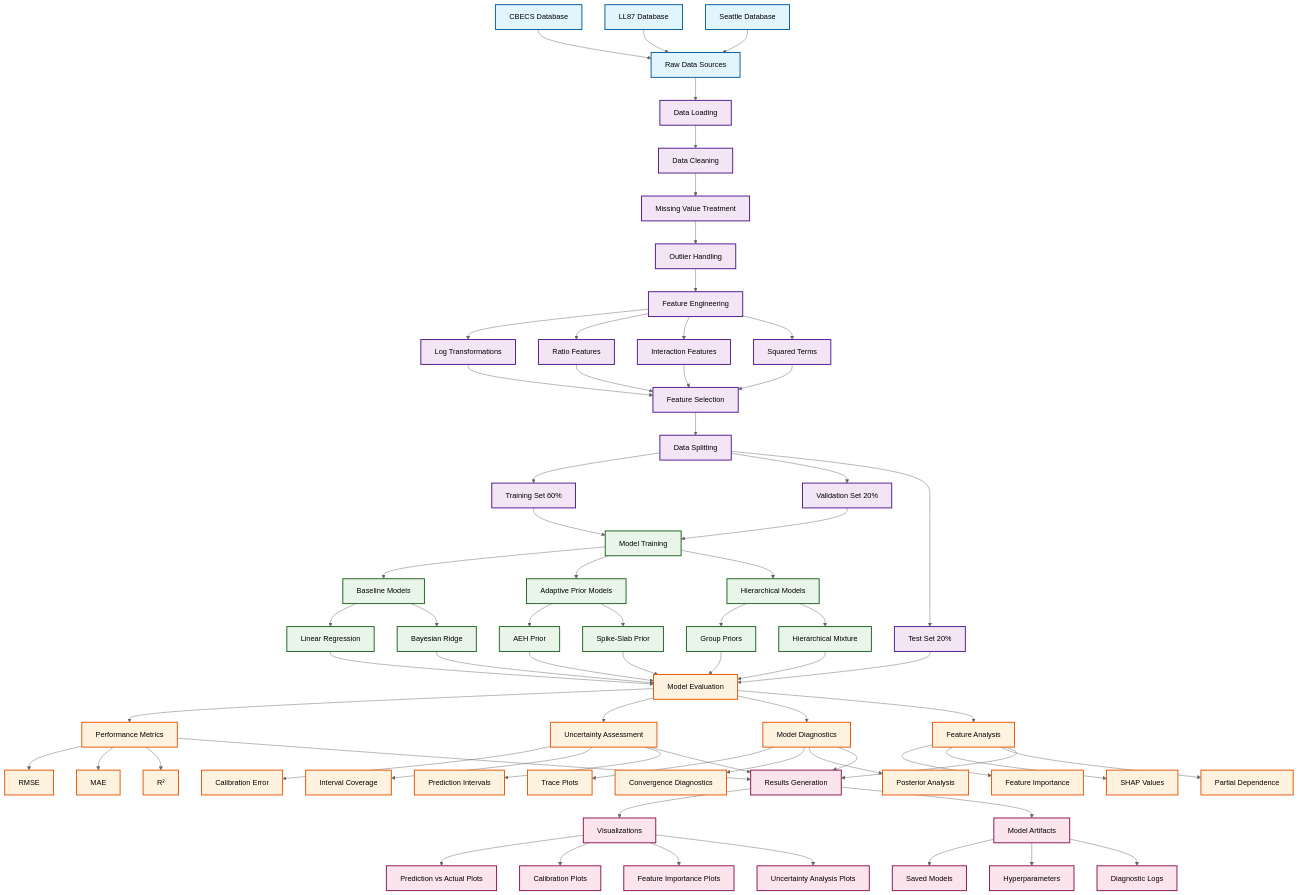
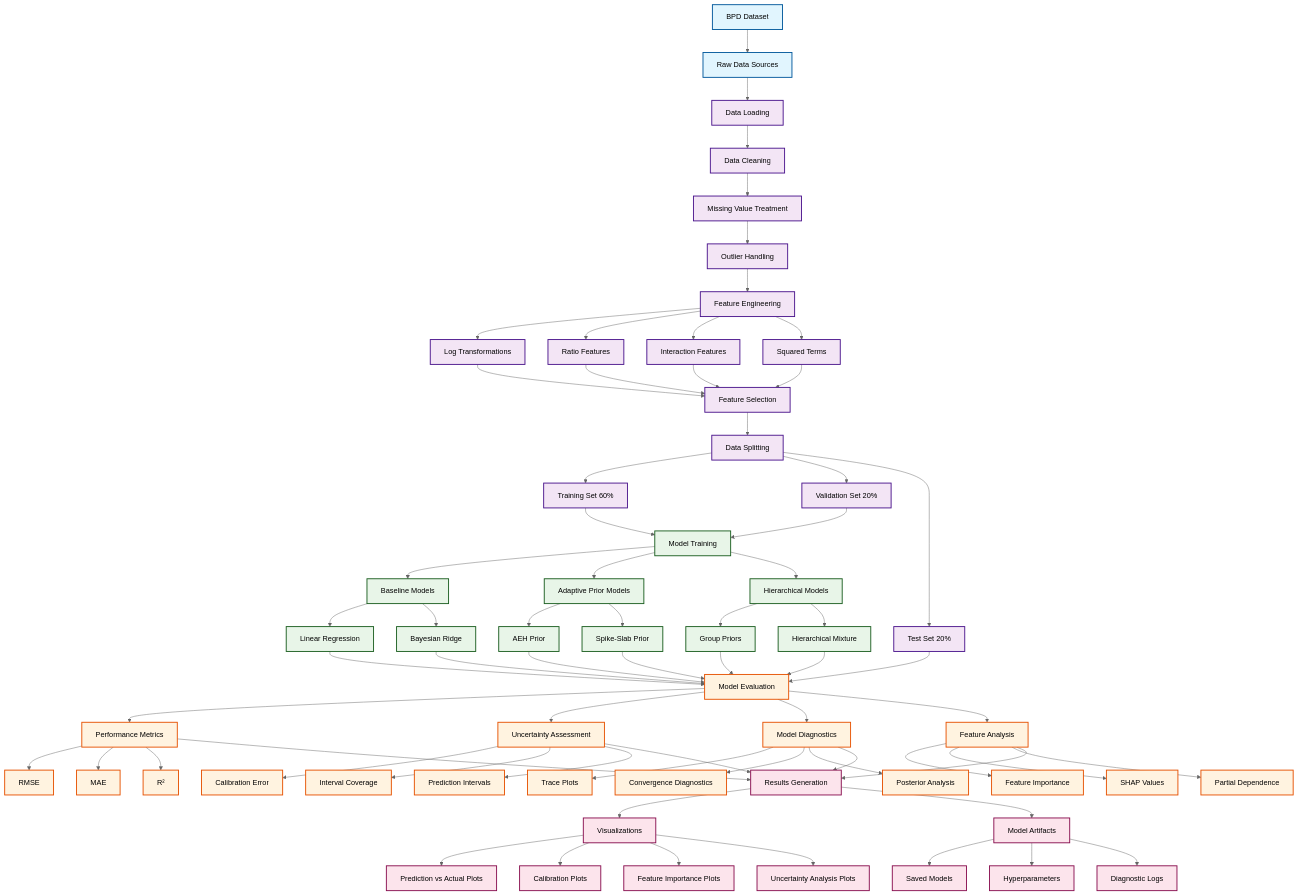
One commit to georgepaul171/Research-Project changed the diagram in bpd/V3_clean/DATA_PIPELINE.md. Above: the diagram before and after it, drawn with Mermaid (neutral theme). The commit also changed other lines of this file, not shown here.

Commit message:
data pipeline diagram

```diff
--- a/bpd/V3_clean/DATA_PIPELINE.md
+++ b/bpd/V3_clean/DATA_PIPELINE.md
@@ -9,9 +9,7 @@
 graph TD
     %% Data Sources
     A[Raw Data Sources] --> B[Data Loading]
-    A1[CBECS Database] --> A
-    A2[LL87 Database] --> A
-    A3[Seattle Database] --> A
+    A1[BPD Dataset] --> A
     
     %% Data Loading and Initial Processing
     B --> C[Data Cleaning]
@@ -109,7 +107,7 @@
     classDef evaluation fill:#fff3e0,stroke:#e65100,stroke-width:2px
     classDef output fill:#fce4ec,stroke:#880e4f,stroke-width:2px
     
-    class A,A1,A2,A3 dataSource
+    class A,A1 dataSource
     class B,C,D,E,F,F1,F2,F3,F4,G,H,H1,H2,H3 processing
     class I,I1,I2,I3,I1a,I1b,I2a,I2b,I3a,I3b model
     class J,K,L,M,N,K1,K2,K3,L1,L2,L3,M1,M2,M3,N1,N2,N3 evaluation
```
